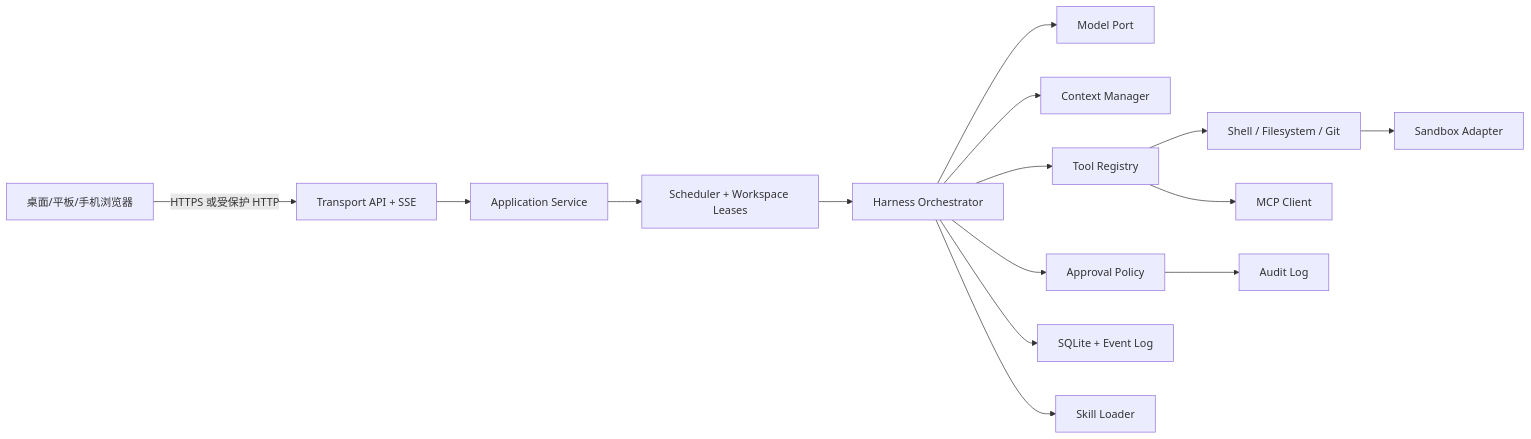
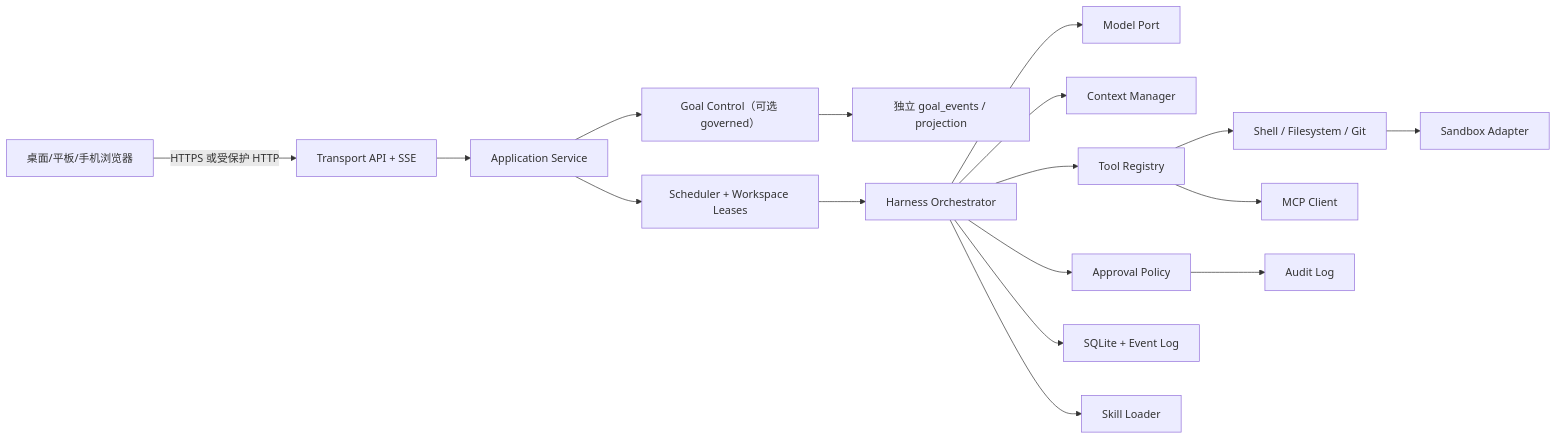
The diagram in docs/architecture.md (stlin256/VibeGo), drawn with Mermaid before and after one commit. The commit also changed other lines of this file and 17 other files, not shown here.

Commit message:
feat(goal): add phase zero goal control core

````diff
--- a/docs/architecture.md
+++ b/docs/architecture.md
@@ -7,17 +7,19 @@
 ```mermaid
 flowchart LR
   U[桌面/平板/手机浏览器] -->|HTTPS 或受保护 HTTP| T[Transport API + SSE]
   T --> A[Application Service]
+  A --> G[Goal Control（可选 governed）]
+  G --> GE[独立 goal_events / projection]
   A --> Q[Scheduler + Workspace Leases]
   Q --> H[Harness Orchestrator]
   H --> M[Model Port]
   H --> C[Context Manager]
   H --> P[Approval Policy]
   H --> TR[Tool Registry]
   TR --> SH[Shell / Filesystem / Git]
   TR --> MC[MCP Client]
   SH --> SB[Sandbox Adapter]
   H --> ST[SQLite + Event Log]
   H --> SK[Skill Loader]
   P --> AU[Audit Log]
 ```
````
